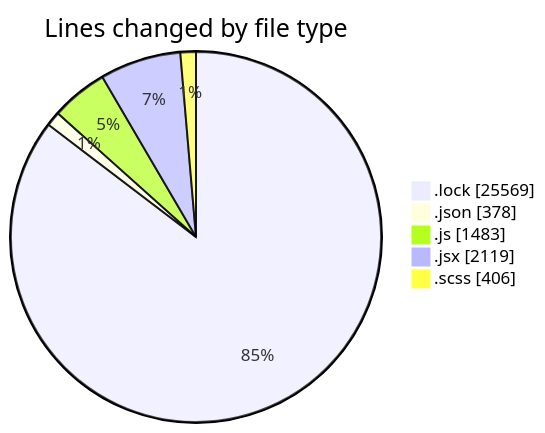
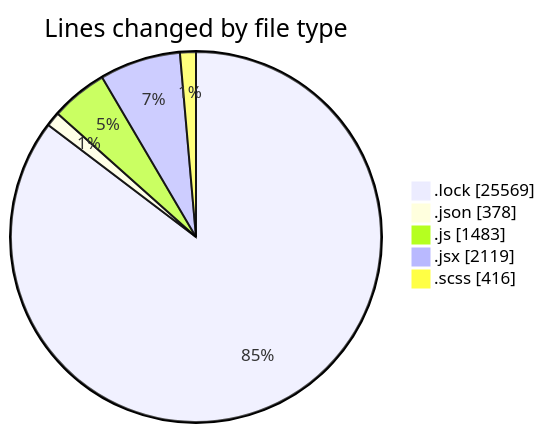
One commit to momahboobian/code-tracking changed the first of 2 diagrams in 2026-01-07/cda/README.md. Above: the diagram before and after it, drawn with Mermaid. The commit also changed other lines of this file and 1 other file, not shown here.

````diff
--- a/2026-01-07/cda/README.md
+++ b/2026-01-07/cda/README.md
@@ -50,9 +50,9 @@
 ```mermaid
 pie showData
 title Lines changed by file type
 ".lock" : 25569
 ".json" : 378
 ".js" : 1483
 ".jsx" : 2119
-".scss" : 406
+".scss" : 416
 ```
````
